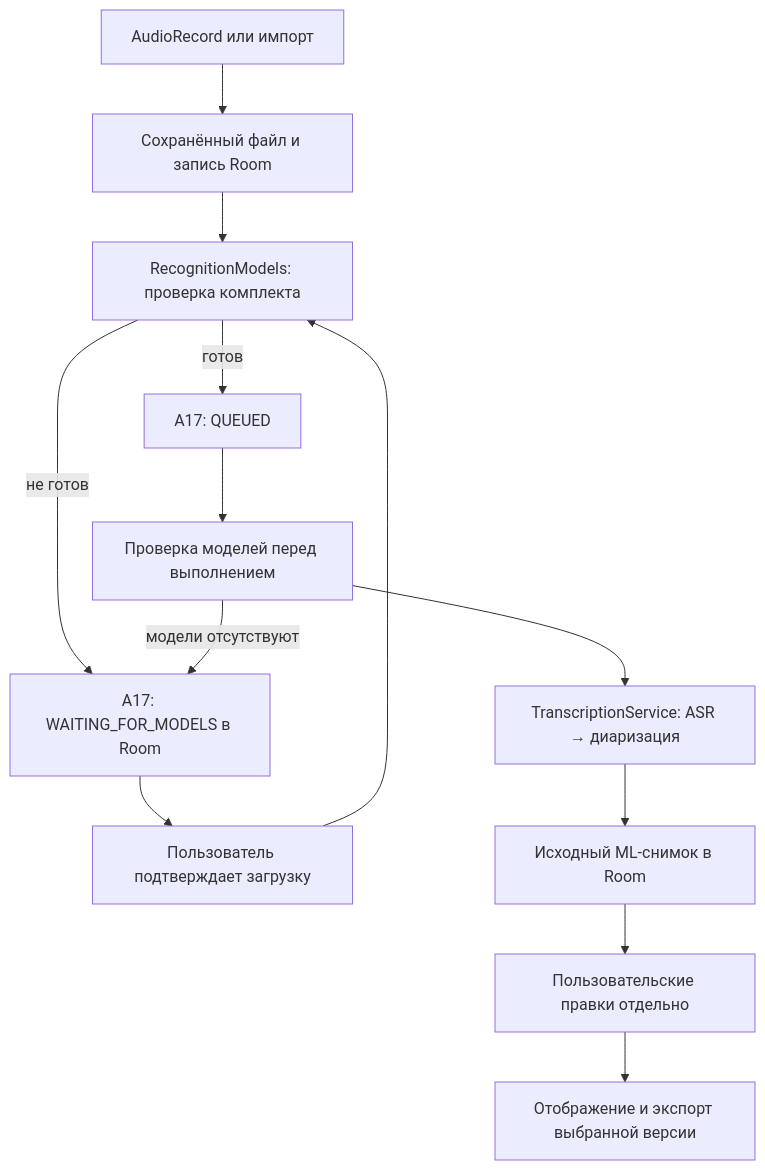
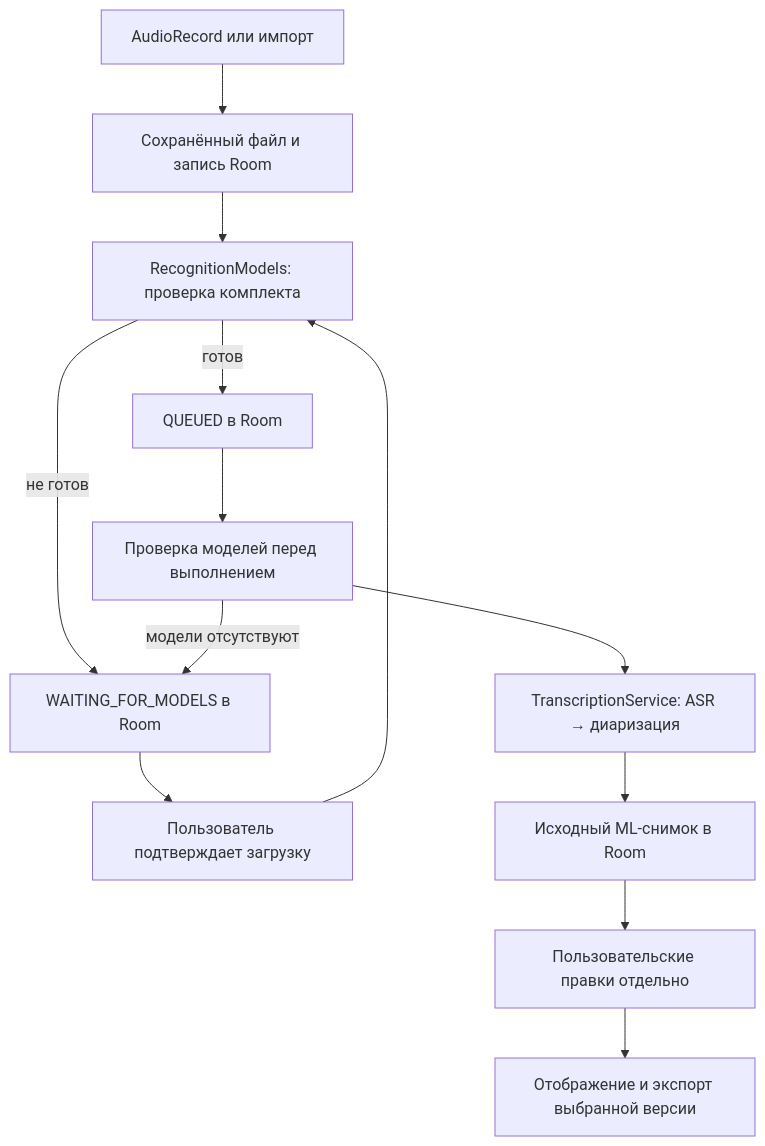
One commit to sar2718/404BNF changed the diagram in docs/ARCHITECTURE.md. Above: the diagram before and after it, drawn with Mermaid. The commit also changed other lines of this file and 18 other files, not shown here.

````diff
--- a/docs/ARCHITECTURE.md
+++ b/docs/ARCHITECTURE.md
@@ -18,15 +18,15 @@
 ```mermaid
 flowchart TD
   A[AudioRecord или импорт] --> B[Сохранённый файл и запись Room]
   B --> C[RecognitionModels: проверка комплекта]
-  C -->|не готов| W[A17: WAITING_FOR_MODELS в Room]
+  C -->|не готов| W[WAITING_FOR_MODELS в Room]
   W --> D[Пользователь подтверждает загрузку]
   D --> C
-  C -->|готов| Q[A17: QUEUED]
+  C -->|готов| Q[QUEUED в Room]
   Q --> V[Проверка моделей перед выполнением]
   V -->|модели отсутствуют| W
   V --> P[TranscriptionService: ASR → диаризация]
   P --> S[Исходный ML-снимок в Room]
   S --> E[Пользовательские правки отдельно]
   E --> X[Отображение и экспорт выбранной версии]
 ```
````
